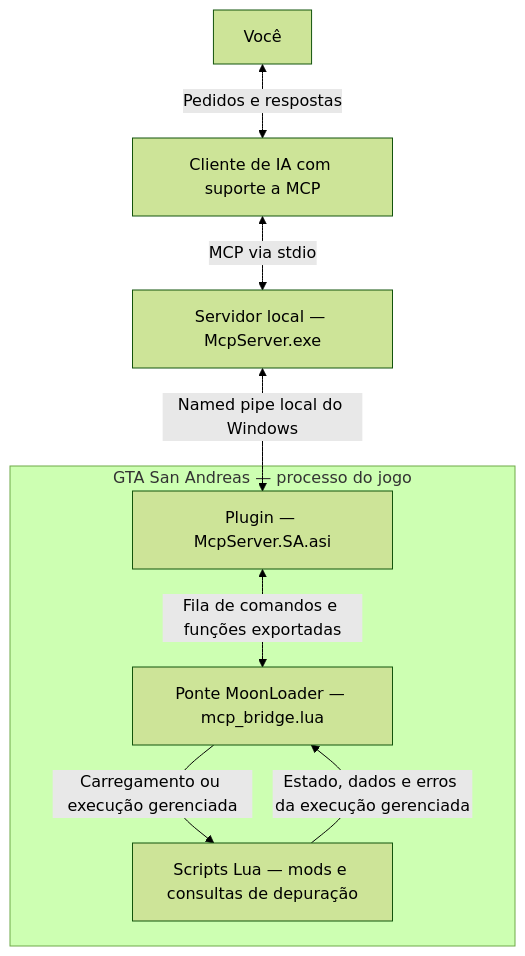
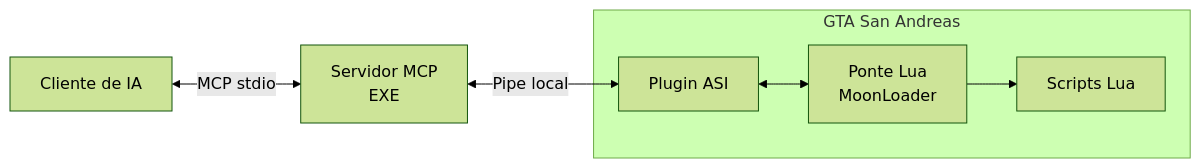
Before and after one commit to Joaom-eng/GroveMCP: the diagram in README.md, drawn with Mermaid (forest theme). The commit also changed other lines of this file, not shown here.

Commit message:
demonstration added

````diff
--- a/README.md
+++ b/README.md
@@ -31,14 +31,9 @@
 ```mermaid
-flowchart TD
-    user[Você] <-->|Pedidos e respostas| client[Cliente de IA com suporte a MCP]
-    client <-->|MCP via stdio| host["Servidor local — McpServer.exe"]
-    subgraph game["GTA San Andreas — processo do jogo"]
-        asi["Plugin — McpServer.SA.asi"]
-        bridge["Ponte MoonLoader — mcp_bridge.lua"]
-        scripts["Scripts Lua — mods e consultas de depuração"]
-        asi <-->|Fila de comandos e funções exportadas| bridge
-        bridge -->|Carregamento ou execução gerenciada| scripts
-        scripts -->|Estado, dados e erros da execução gerenciada| bridge
+flowchart LR
+    client["Cliente de IA"] <-->|MCP stdio| host["Servidor MCP<br/>EXE"]
+    host <-->|Pipe local| asi
+    subgraph game["GTA San Andreas"]
+        asi["Plugin ASI"] <--> bridge["Ponte Lua<br/>MoonLoader"]
+        bridge --> scripts["Scripts Lua"]
     end
-    host <-->|Named pipe local do Windows| asi
 ```
````
